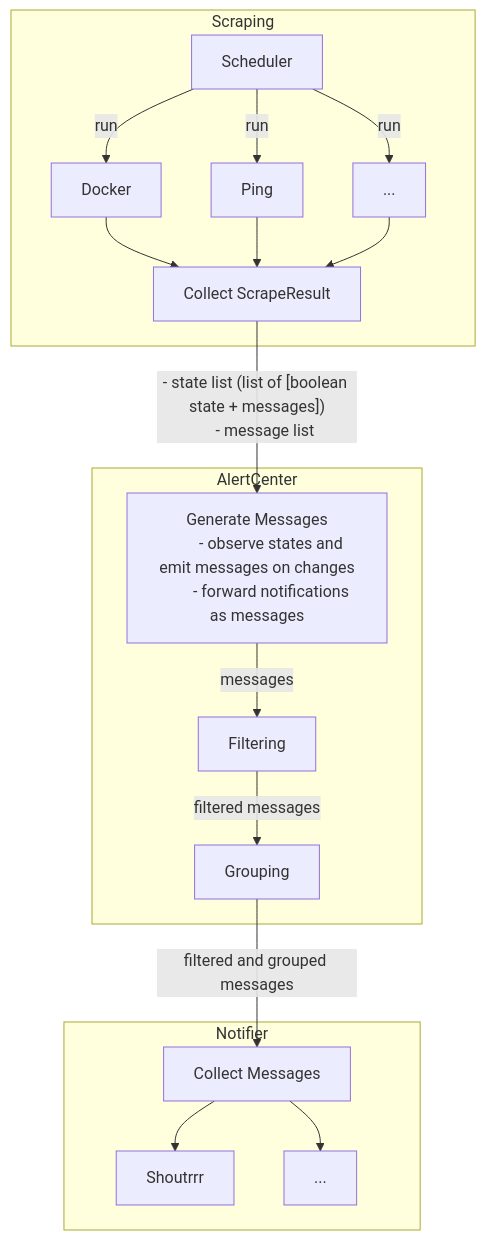
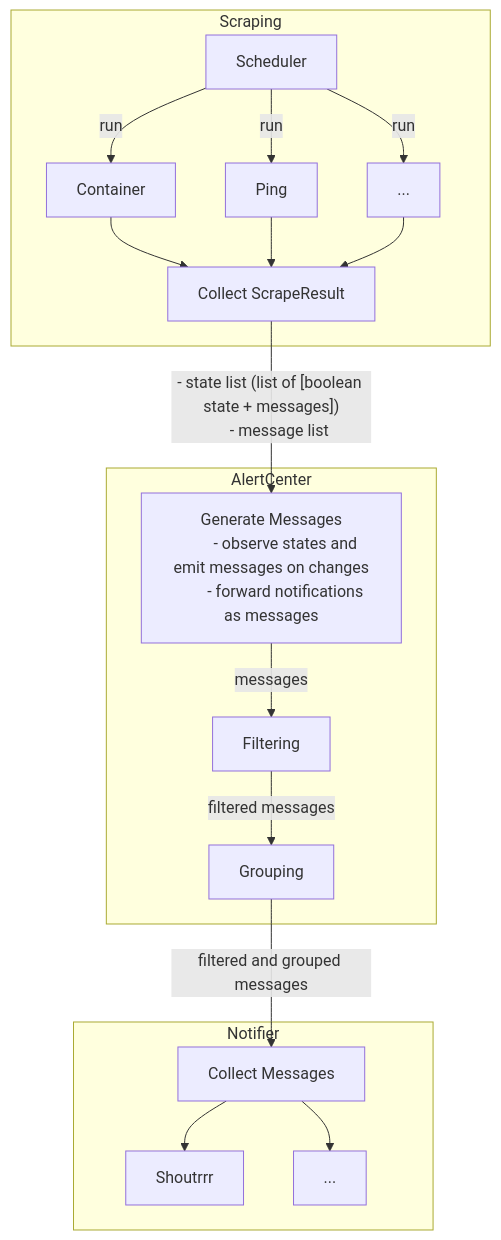
One commit to mcarbonne/minimal-server-monitoring changed the diagram in README.md. Above: the diagram before and after it, drawn with Mermaid. The commit also changed other lines of this file and 11 other files, not shown here.

Commit message:
rename provider docker => container, rework provider to allow multiple parallel tasks, rework result scrapping with MetricWrapper

````diff
--- a/README.md
+++ b/README.md
@@ -35,38 +35,38 @@
 ```mermaid
 flowchart TD
     subgraph Scraping
         Sc[Scheduler]
         Sc--run-->S1
         Sc--run-->S2
         Sc--run-->S3
-        S1[Docker]
+        S1[Container]
         S2[Ping]
         S3[...]
         S1-->SC
         S2-->SC
         S3-->SC
         SC[Collect ScrapeResult]
     end
 
     SC--"
     - state list (list of [boolean state + messages])
     - message list"-->AC
 
     subgraph AlertCenter
         AC["Generate Messages
         - observe states and emit messages on changes
         - forward notifications as messages"]
         AC--messages-->F
         F[Filtering]
         F--filtered messages-->G
         G[Grouping]
     end
     G--filtered and grouped messages-->C
     subgraph Notifier
         C[Collect Messages]
         N1[Shoutrrr]
         N2[...]
         C-->N1
         C-->N2
     end
 ```
````
